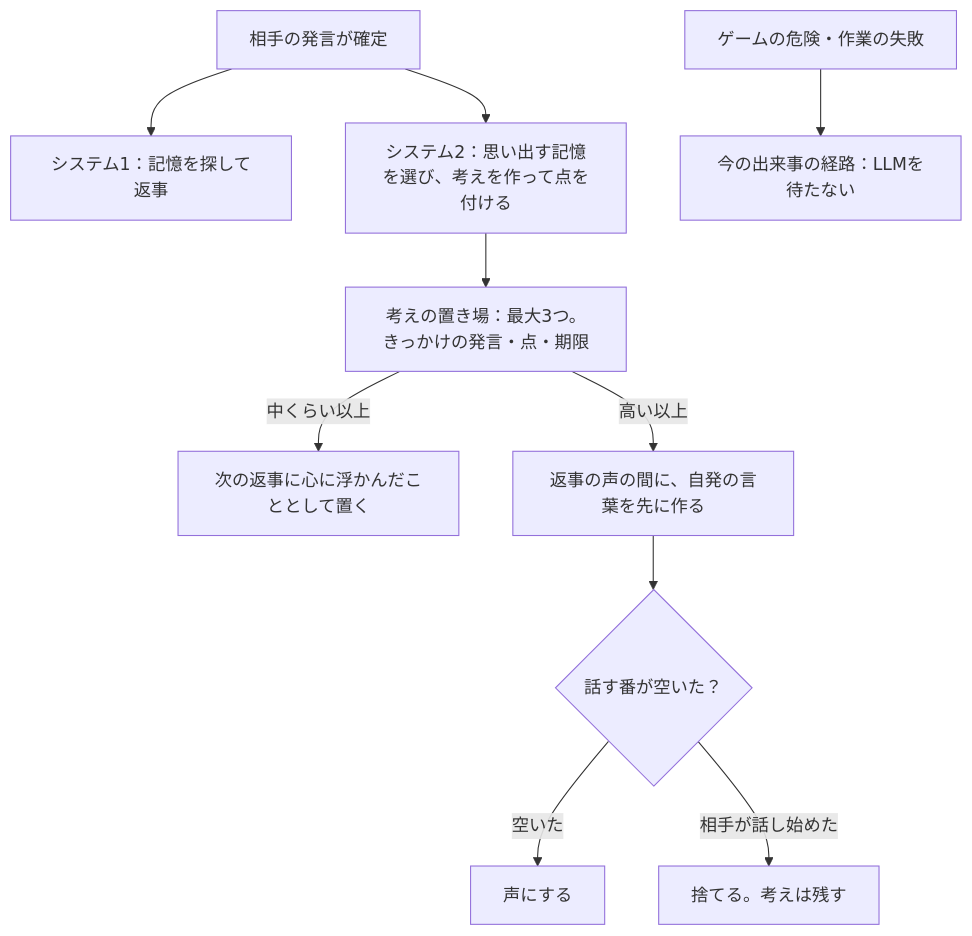
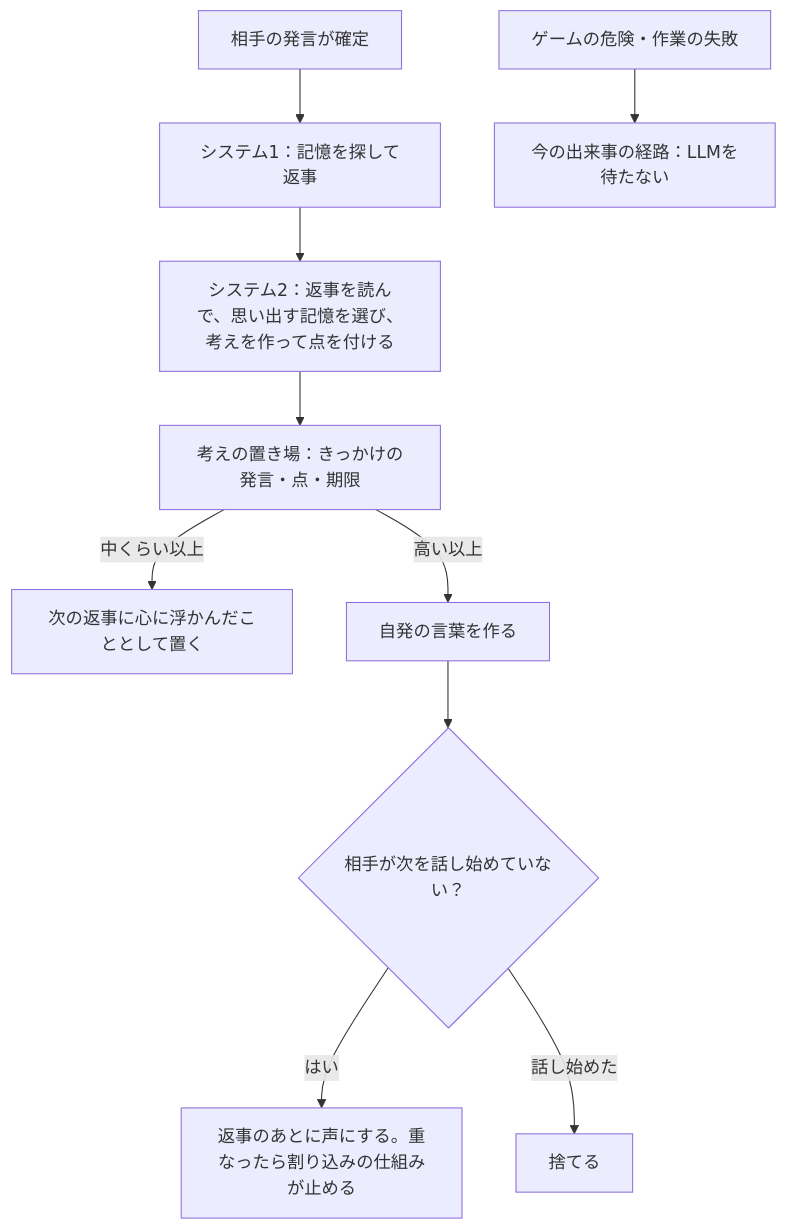
One commit to magic-sword/ciel-companion changed the diagram in docs/conversation/speaking-motivation-ja.md. Above: the diagram before and after it, drawn with Mermaid. The commit also changed other lines of this file and 2 other files, not shown here.

````diff
--- a/docs/conversation/speaking-motivation-ja.md
+++ b/docs/conversation/speaking-motivation-ja.md
@@ -79,12 +78,12 @@
 ```mermaid
 flowchart TD
   U[相手の発言が確定] --> S1[システム1：記憶を探して返事]
-  U --> S2[システム2：思い出す記憶を選び、考えを作って点を付ける]
-  S2 --> R[考えの置き場：最大3つ。きっかけの発言・点・期限]
+  S1 --> S2[システム2：返事を読んで、思い出す記憶を選び、考えを作って点を付ける]
+  S2 --> R[考えの置き場：きっかけの発言・点・期限]
   R -->|中くらい以上| N[次の返事に心に浮かんだこととして置く]
-  R -->|高い以上| P[返事の声の間に、自発の言葉を先に作る]
-  P --> T{話す番が空いた？}
-  T -->|空いた| V[声にする]
-  T -->|相手が話し始めた| X[捨てる。考えは残す]
+  R -->|高い以上| P[自発の言葉を作る]
+  P --> T{相手が次を話し始めていない？}
+  T -->|はい| V[返事のあとに声にする。重なったら割り込みの仕組みが止める]
+  T -->|話し始めた| X[捨てる]
   E[ゲームの危険・作業の失敗] --> Q[今の出来事の経路：LLMを待たない]
 ```
````
